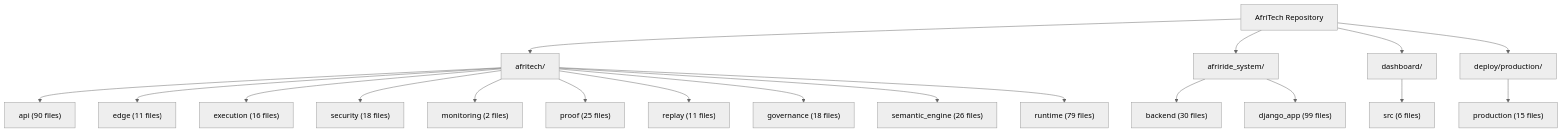
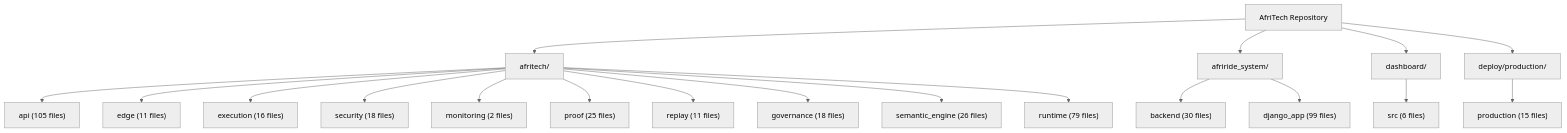
Before and after one commit to Strelly2023/afritelematics: the second of 2 diagrams in docs/architecture/AFRITECH_FULL_ARCHITECTURE_GRAPH.md, drawn with Mermaid (neutral theme). The commit also changed other lines of this file and 77 other files, not shown here.

````diff
--- a/docs/architecture/AFRITECH_FULL_ARCHITECTURE_GRAPH.md
+++ b/docs/architecture/AFRITECH_FULL_ARCHITECTURE_GRAPH.md
@@ -64,23 +64,23 @@
 ```mermaid
 flowchart TD
     Root["AfriTech Repository"] --> Core["afritech/"]
     Root --> Ride["afriride_system/"]
     Root --> Ui["dashboard/"]
     Root --> Deploy["deploy/production/"]
 
-    Core --> Api["api (90 files)"]
+    Core --> Api["api (105 files)"]
     Core --> Edge["edge (11 files)"]
     Core --> Execution["execution (16 files)"]
     Core --> Security["security (18 files)"]
     Core --> Monitoring["monitoring (2 files)"]
     Core --> Proof["proof (25 files)"]
     Core --> Replay["replay (11 files)"]
     Core --> Governance["governance (18 files)"]
     Core --> Semantic["semantic_engine (26 files)"]
     Core --> Runtime["runtime (79 files)"]
 
     Ride --> Backend["backend (30 files)"]
     Ride --> Django["django_app (99 files)"]
     Ui --> Dashboard["src (6 files)"]
     Deploy --> Production["production (15 files)"]
 ```
````
